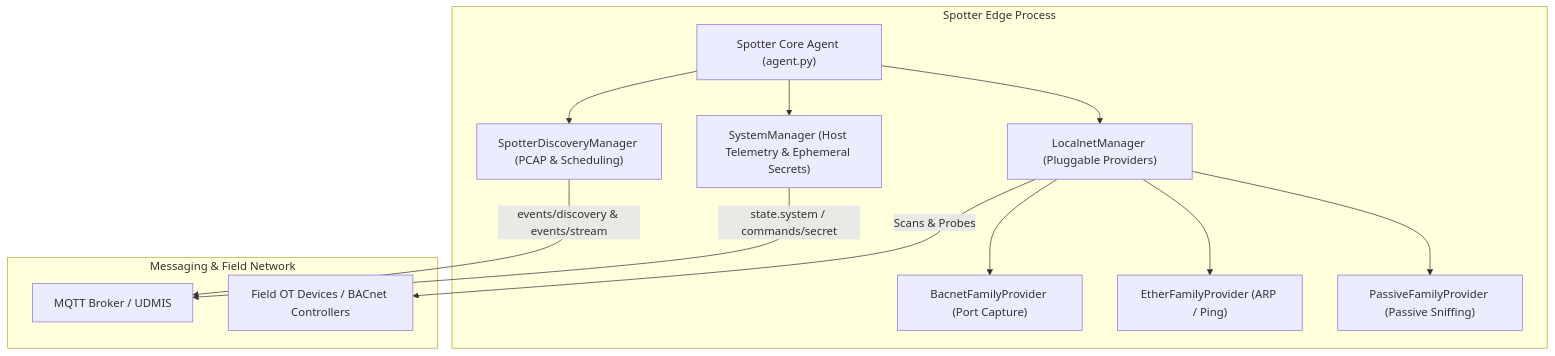
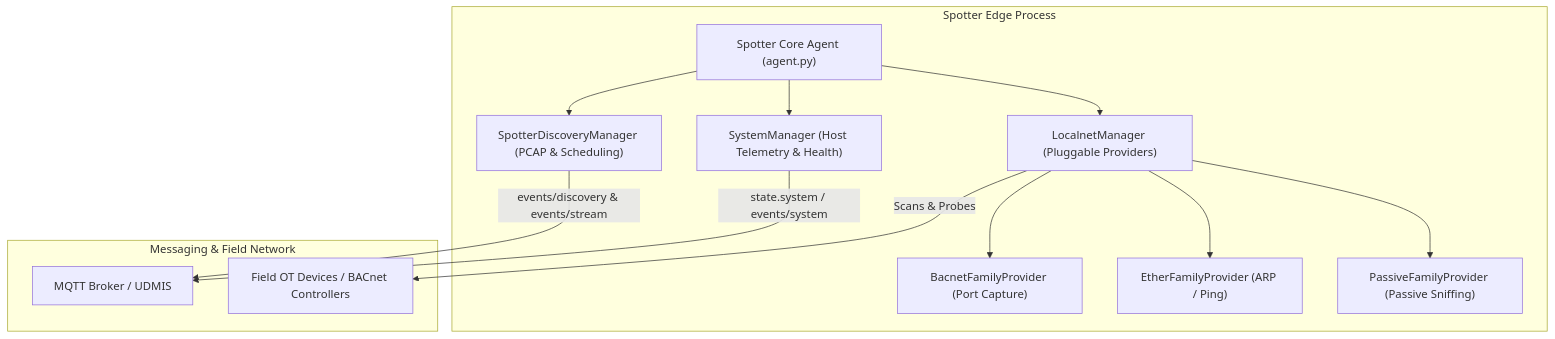
The diagram in edge/spotter/README.md (faucetsdn/udmi), drawn with Mermaid before and after one commit. The commit also changed other lines of this file and 35 other files, not shown here.

````diff
--- a/edge/spotter/README.md
+++ b/edge/spotter/README.md
@@ -22,30 +22,30 @@
 ```mermaid
 graph TD
     subgraph "Spotter Edge Process"
         AGENT["Spotter Core Agent (agent.py)"]
-        SYS["SystemManager (Host Telemetry & Ephemeral Secrets)"]
+        SYS["SystemManager (Host Telemetry & Health)"]
         DISC["SpotterDiscoveryManager (PCAP & Scheduling)"]
         LOC["LocalnetManager (Pluggable Providers)"]
         
         BAC["BacnetFamilyProvider (Port Capture)"]
         ETH["EtherFamilyProvider (ARP / Ping)"]
         PAS["PassiveFamilyProvider (Passive Sniffing)"]
         
         AGENT --> SYS
         AGENT --> DISC
         AGENT --> LOC
         
         LOC --> BAC
         LOC --> ETH
         LOC --> PAS
     end
 
     subgraph "Messaging & Field Network"
         MB["MQTT Broker / UDMIS"]
         DEV["Field OT Devices / BACnet Controllers"]
     end
 
-    SYS -->|"state.system / commands/secret"| MB
+    SYS -->|"state.system / events/system"| MB
     DISC -->|"events/discovery & events/stream"| MB
     LOC -->|"Scans & Probes"| DEV
 ```
````
